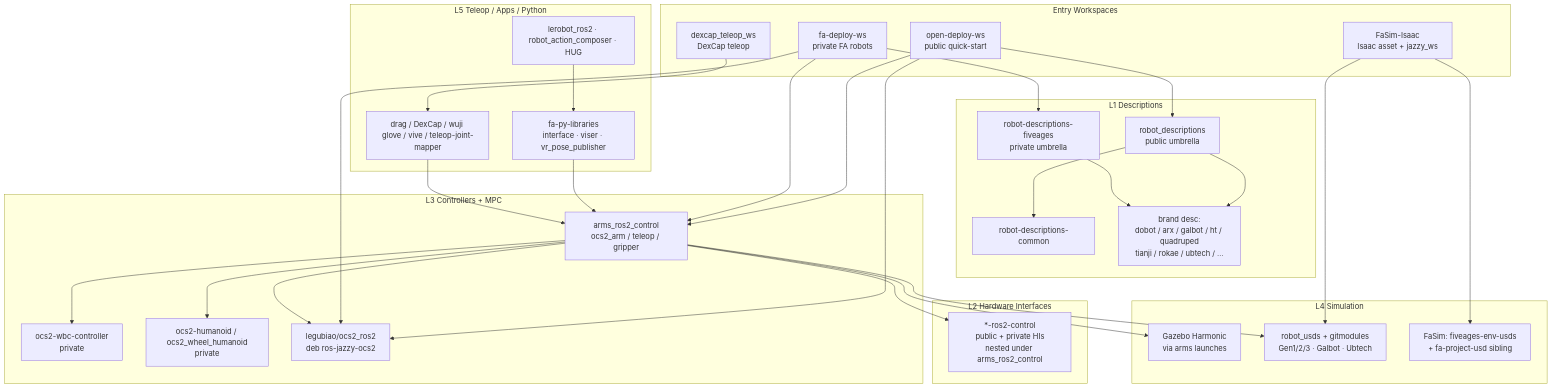
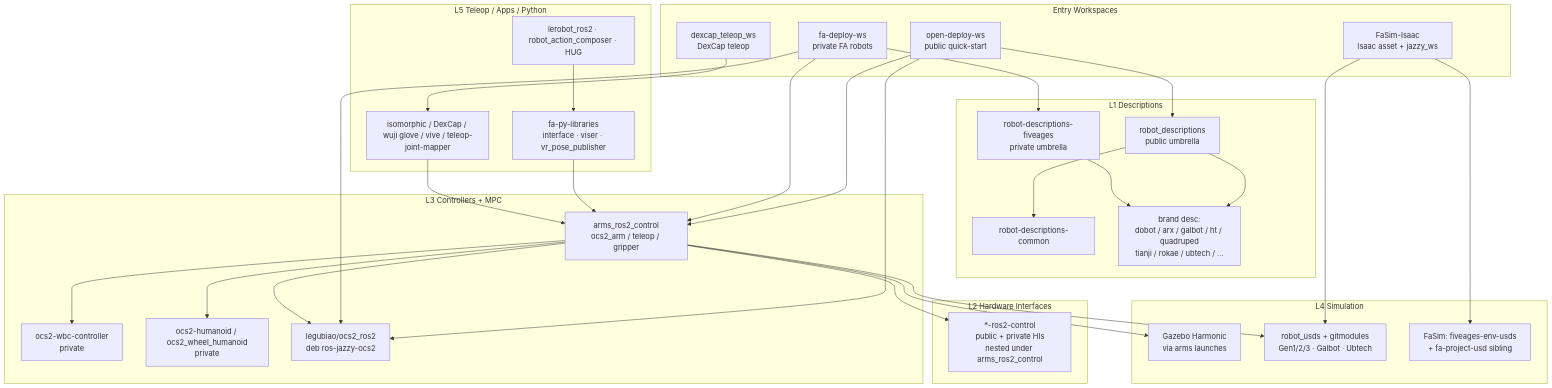
One commit to fiveages-sim/docs changed the diagram in source/0-overview/1-architecture.md. Above: the diagram before and after it, drawn with Mermaid. The commit also changed other lines of this file and 141 other files, not shown here.

First line of the commit message:
Fix OCS2 install, Pico VR, isomorphic teleop, Ark/Lift 2s vs Acone (#6)

````diff
--- a/source/0-overview/1-architecture.md
+++ b/source/0-overview/1-architecture.md
@@ -7,61 +7,61 @@
 ```{mermaid}
 flowchart TB
   subgraph entry [Entry Workspaces]
     ODW["open-deploy-ws<br/>public quick-start"]
     FDW["fa-deploy-ws<br/>private FA robots"]
     DCW["dexcap_teleop_ws<br/>DexCap teleop"]
     FAI["FaSim-Isaac<br/>Isaac asset + jazzy_ws"]
   end
 
   subgraph L1 [L1 Descriptions]
     RD["robot_descriptions<br/>public umbrella"]
     RDC["robot-descriptions-common"]
     RDF["robot-descriptions-fiveages<br/>private umbrella"]
     BRAND["brand desc:<br/>dobot / arx / galbot / ht / quadruped<br/>tianji / rokae / ubtech / …"]
   end
 
   subgraph L2 [L2 Hardware Interfaces]
     HI["*-ros2-control<br/>public + private HIs<br/>nested under arms_ros2_control"]
   end
 
   subgraph L3 [L3 Controllers + MPC]
     ARMS["arms_ros2_control<br/>ocs2_arm / teleop / gripper"]
     WBC["ocs2-wbc-controller<br/>private"]
     OH["ocs2-humanoid / ocs2_wheel_humanoid<br/>private"]
     OCS2["legubiao/ocs2_ros2<br/>deb ros-jazzy-ocs2"]
   end
 
   subgraph L4 [L4 Simulation]
     GZ["Gazebo Harmonic<br/>via arms launches"]
     USD["robot_usds + gitmodules<br/>Gen1/2/3 · Galbot · Ubtech"]
     ENV["FaSim: fiveages-env-usds<br/>+ fa-project-usd sibling"]
   end
 
   subgraph L5 [L5 Teleop / Apps / Python]
     PY["fa-py-libraries<br/>interface · viser · vr_pose_publisher"]
-    TEL["drag / DexCap / wuji glove / vive / teleop-joint-mapper"]
+    TEL["isomorphic / DexCap / wuji glove / vive / teleop-joint-mapper"]
     APP["lerobot_ros2 · robot_action_composer · HUG"]
   end
 
   ODW --> ARMS
   ODW --> RD
   ODW --> OCS2
   FDW --> RDF
   FDW --> ARMS
   FDW --> OCS2
   RD --> RDC
   RD --> BRAND
   RDF --> BRAND
   ARMS --> HI
   ARMS --> WBC
   ARMS --> OH
   ARMS --> OCS2
   FAI --> USD
   FAI --> ENV
   ARMS --> GZ
   ARMS --> USD
   PY --> ARMS
   TEL --> ARMS
   APP --> PY
   DCW --> TEL
 ```
````
